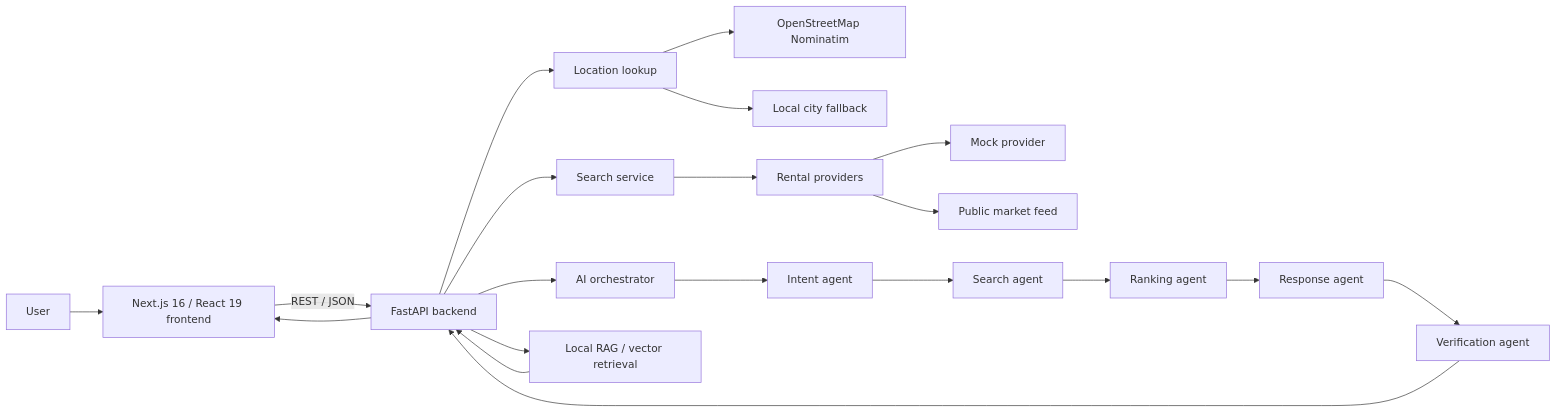
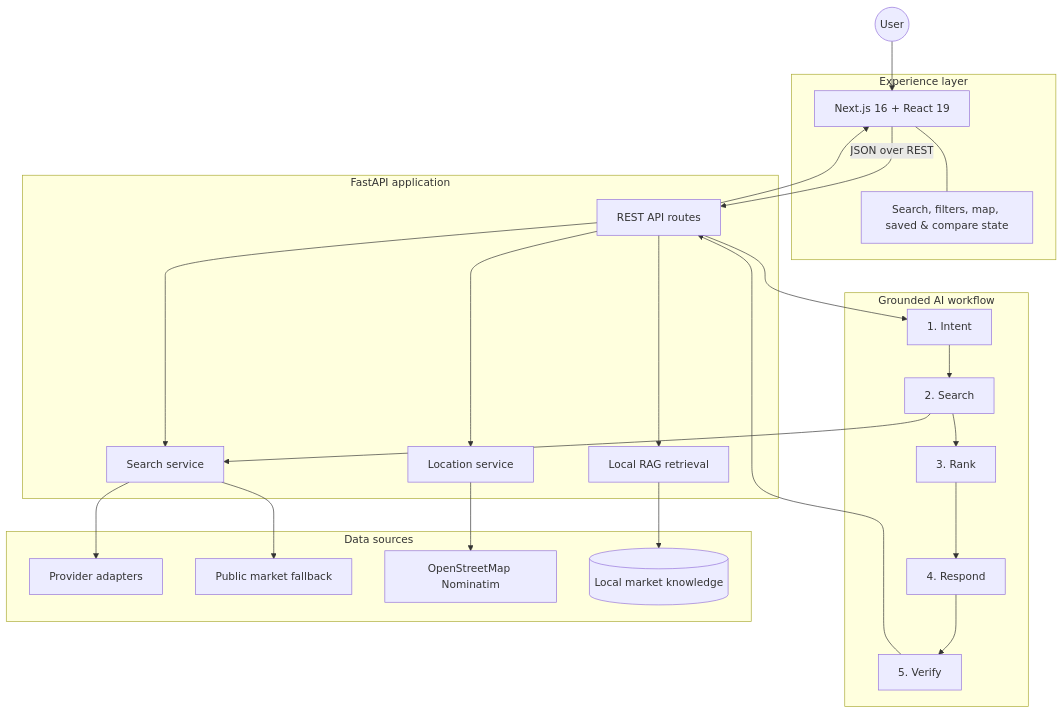
The diagram in README.md (ManeeshChintalapudi12/rental-searching-agent), drawn with Mermaid before and after one commit. The commit also changed other lines of this file and 1 other file, not shown here.

````diff
--- a/README.md
+++ b/README.md
@@ -19,26 +40,47 @@
 ```mermaid
-flowchart LR
-    U[User] --> UI[Next.js 16 / React 19 frontend]
-    UI -->|REST / JSON| API[FastAPI backend]
+flowchart TB
+    USER((User))
 
-    API --> GEO[Location lookup]
-    GEO --> OSM[OpenStreetMap Nominatim]
-    GEO --> CITY[Local city fallback]
+    subgraph CLIENT[Experience layer]
+        WEB[Next.js 16 + React 19]
+        STATE[Search, filters, map, saved & compare state]
+        WEB --- STATE
+    end
 
-    API --> SEARCH[Search service]
-    SEARCH --> PROVIDERS[Rental providers]
-    PROVIDERS --> MOCK[Mock provider]
-    PROVIDERS --> PUBLIC[Public market feed]
+    subgraph API[FastAPI application]
+        ROUTES[REST API routes]
+        SEARCH[Search service]
+        GEO[Location service]
+        RAG[Local RAG retrieval]
+    end
 
-    API --> ORCH[AI orchestrator]
-    ORCH --> INTENT[Intent agent]
-    INTENT --> AGENTSEARCH[Search agent]
-    AGENTSEARCH --> RANK[Ranking agent]
-    RANK --> RESPONSE[Response agent]
-    RESPONSE --> VERIFY[Verification agent]
+    subgraph AGENTS[Grounded AI workflow]
+        INTENT[1. Intent]
+        RETRIEVE[2. Search]
+        RANK[3. Rank]
+        RESPOND[4. Respond]
+        VERIFY[5. Verify]
+        INTENT --> RETRIEVE --> RANK --> RESPOND --> VERIFY
+    end
 
-    API --> RAG[Local RAG / vector retrieval]
-    VERIFY --> API
-    RAG --> API
-    API --> UI
+    subgraph DATA[Data sources]
+        PROVIDERS[Provider adapters]
+        PUBLIC[Public market fallback]
+        OSM[OpenStreetMap Nominatim]
+        KNOWLEDGE[(Local market knowledge)]
+    end
+
+    USER --> WEB
+    WEB -->|JSON over REST| ROUTES
+    ROUTES --> SEARCH
+    ROUTES --> GEO
+    ROUTES --> RAG
+    ROUTES --> INTENT
+    RETRIEVE --> SEARCH
+    SEARCH --> PROVIDERS
+    SEARCH --> PUBLIC
+    GEO --> OSM
+    RAG --> KNOWLEDGE
+    VERIFY --> ROUTES
+    ROUTES --> WEB
 ```
````
